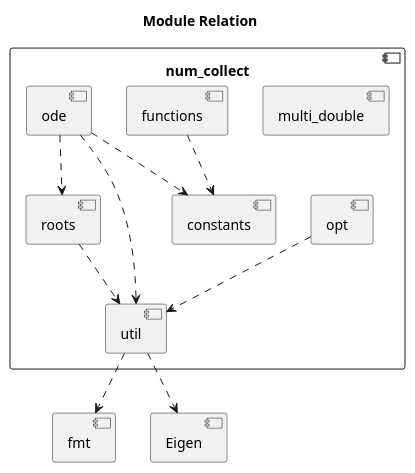
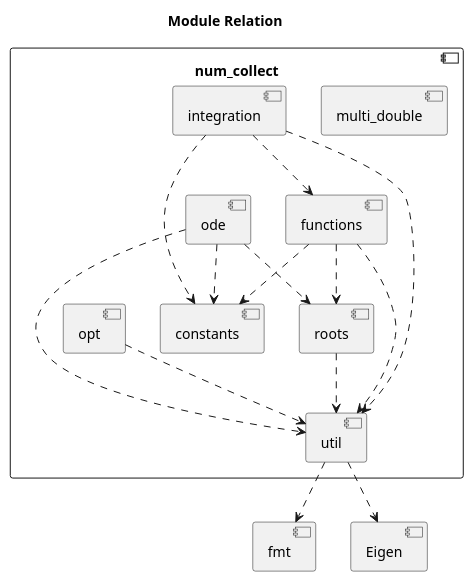
One commit to MusicScience37/numerical-collection-cpp changed the diagram in doc/sphinx/src/modules.rst. Above: the diagram before and after it, drawn with PlantUML. The commit also changed 8 other files, not shown here.

```diff
--- a/doc/sphinx/src/modules.rst
+++ b/doc/sphinx/src/modules.rst
@@ -4,30 +4,37 @@
 .. uml::
 
     title Module Relation
 
     component fmt
     component Eigen
 
     component num_collect {
         component util
         util ..> fmt
         util ..> Eigen
 
         component opt
         opt ..> util
 
         component multi_double
 
         component constants
 
         component roots
         roots ..> util
 
         component functions
+        functions ..> util
         functions ..> constants
+        functions ..> roots
+
+        component integration
+        integration ..> util
+        integration ..> constants
+        integration ..> functions
 
         component ode
         ode ..> util
         ode ..> constants
         ode ..> roots
     }
```
